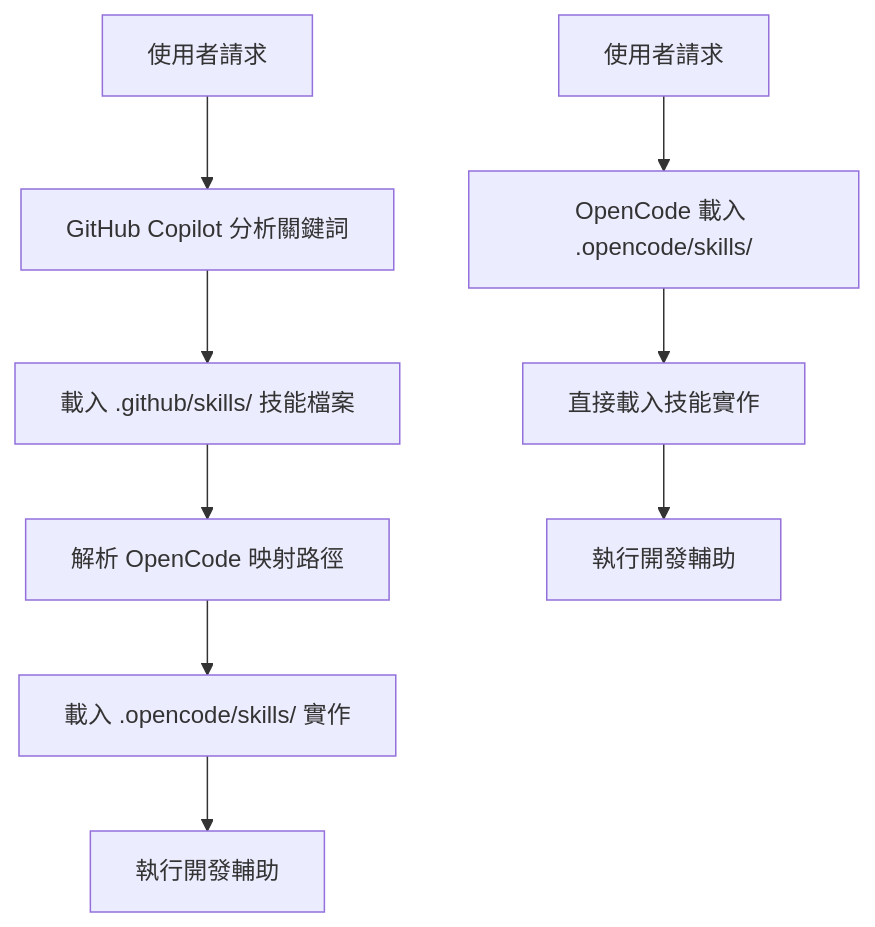
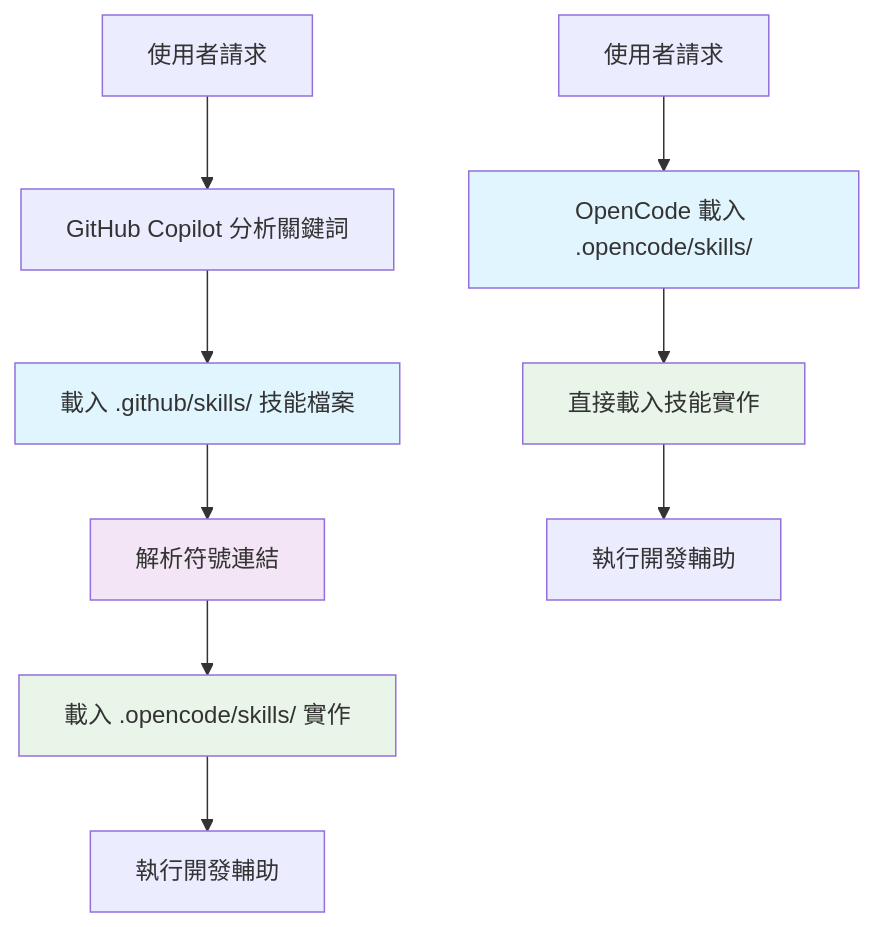
The diagram in .github/skills/CONFIG.md (Ponpon55837/Lucky50), drawn with Mermaid before and after one commit. The commit also changed other lines of this file and 1 other file, not shown here.

First line of the commit message:
feat: 完善 code-standards 內容並升級為軟路由共享機制

````diff
--- a/.github/skills/CONFIG.md
+++ b/.github/skills/CONFIG.md
@@ -61,12 +87,18 @@
 ```mermaid
 graph TD
     A[使用者請求] --> B[GitHub Copilot 分析關鍵詞]
     B --> C[載入 .github/skills/ 技能檔案]
-    C --> D[解析 OpenCode 映射路徑]
+    C --> D[解析符號連結]
     D --> E[載入 .opencode/skills/ 實作]
     E --> F[執行開發輔助]
 
     G[使用者請求] --> H[OpenCode 載入 .opencode/skills/]
     H --> I[直接載入技能實作]
     I --> J[執行開發輔助]
+
+    style C fill:#e1f5fe
+    style D fill:#f3e5f5
+    style E fill:#e8f5e8
+    style H fill:#e1f5fe
+    style I fill:#e8f5e8
 ```
````
